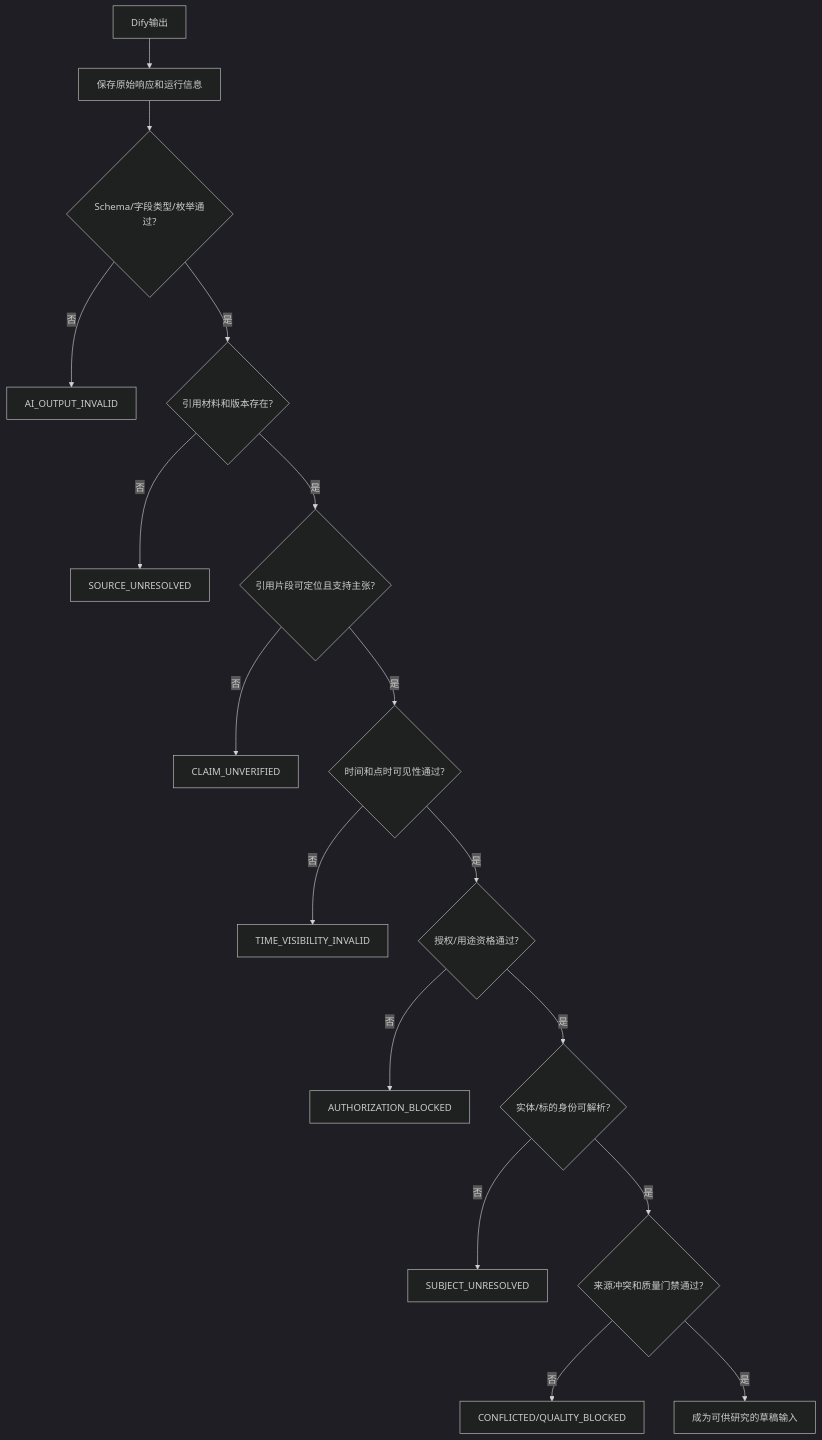
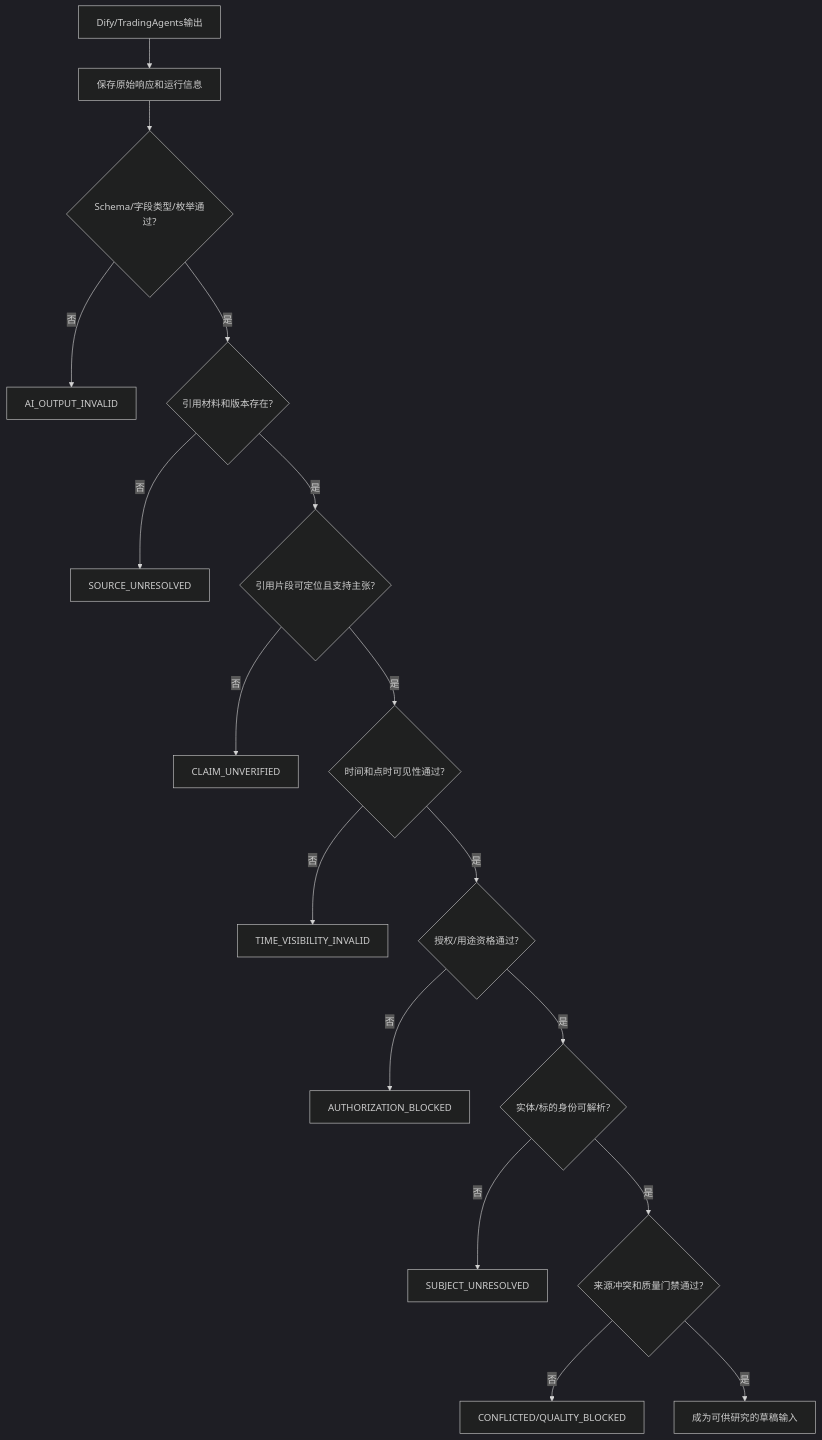
Before and after one commit to shaoqf2350/quant: the third of 7 diagrams in doc/详设文档/详设_2_研究与候选发现详细设计方案.md, drawn with Mermaid (dark theme). The commit also changed other lines of this file and 100 other files, not shown here.

````diff
--- a/doc/详设文档/详设_2_研究与候选发现详细设计方案.md
+++ b/doc/详设文档/详设_2_研究与候选发现详细设计方案.md
@@ -639,19 +670,19 @@
 ```mermaid
 flowchart TD
-    A[Dify输出] --> B[保存原始响应和运行信息]
+    A[Dify/TradingAgents输出] --> B[保存原始响应和运行信息]
     B --> C{Schema/字段类型/枚举通过?}
     C -->|否| X[AI_OUTPUT_INVALID]
     C -->|是| D{引用材料和版本存在?}
     D -->|否| Y[SOURCE_UNRESOLVED]
     D -->|是| E{引用片段可定位且支持主张?}
     E -->|否| Z[CLAIM_UNVERIFIED]
     E -->|是| F{时间和点时可见性通过?}
     F -->|否| T[TIME_VISIBILITY_INVALID]
     F -->|是| G{授权/用途资格通过?}
     G -->|否| U[AUTHORIZATION_BLOCKED]
     G -->|是| H{实体/标的身份可解析?}
     H -->|否| V[SUBJECT_UNRESOLVED]
     H -->|是| I{来源冲突和质量门禁通过?}
     I -->|否| W[CONFLICTED/QUALITY_BLOCKED]
     I -->|是| J[成为可供研究的草稿输入]
 ```
````
